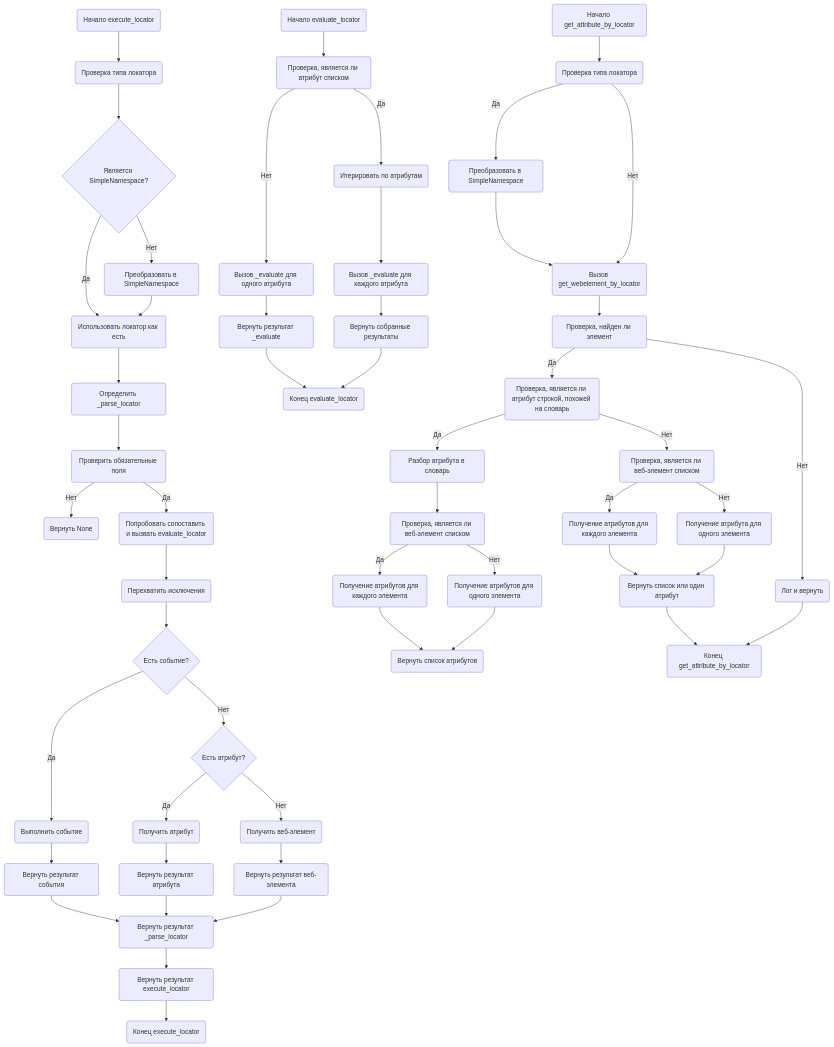
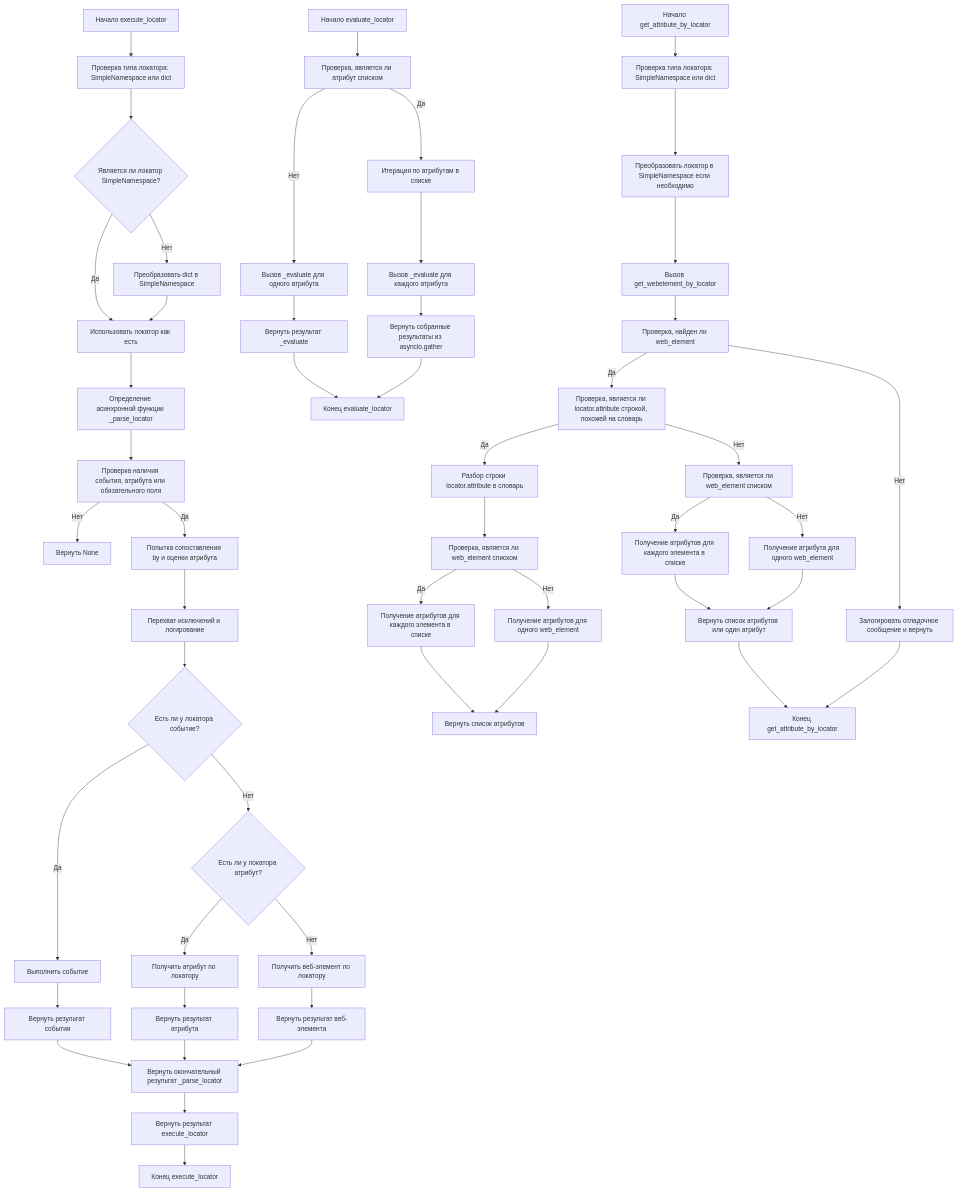
The diagram in docs/gemini/ru/explainer/src/webdriver/executor.ru.md.md (hypo69/hypo), drawn with Mermaid before and after one commit. The commit also changed other lines of this file and 3338 other files, not shown here.

````diff
--- a/docs/gemini/ru/explainer/src/webdriver/executor.ru.md.md
+++ b/docs/gemini/ru/explainer/src/webdriver/executor.ru.md.md
@@ -131,58 +82,55 @@
 ```mermaid
-graph TD
-    Start_executeLocator(Начало execute_locator) --> CheckLocatorType_executeLocator(Проверка типа локатора)
-    CheckLocatorType_executeLocator --> IsSimpleNamespace_executeLocator{Является SimpleNamespace?}
-    IsSimpleNamespace_executeLocator -- Да --> UseLocatorAsIs_executeLocator(Использовать локатор как есть)
-    IsSimpleNamespace_executeLocator -- Нет --> ConvertDictToSimpleNamespace_executeLocator(Преобразовать в SimpleNamespace)
-    ConvertDictToSimpleNamespace_executeLocator --> UseLocatorAsIs_executeLocator
-    UseLocatorAsIs_executeLocator --> DefineParseLocator_executeLocator(Определить _parse_locator)
-    DefineParseLocator_executeLocator --> CheckMandatoryFields_executeLocator(Проверить обязательные поля)
-    CheckMandatoryFields_executeLocator -- Нет --> ReturnNone_executeLocator(Вернуть None)
-    CheckMandatoryFields_executeLocator -- Да --> TryMapByEvaluateAttribute_executeLocator(Попробовать сопоставить и вызвать evaluate_locator)
-    TryMapByEvaluateAttribute_executeLocator --> CatchExceptionsAndLog_executeLocator(Перехватить исключения)
-    CatchExceptionsAndLog_executeLocator --> HasEvent_executeLocator{Есть событие?}
-    HasEvent_executeLocator -- Да --> ExecuteEvent_executeLocator(Выполнить событие)
-    HasEvent_executeLocator -- Нет --> HasAttribute_executeLocator{Есть атрибут?}
-    HasAttribute_executeLocator -- Да --> GetAttributeByLocator_executeLocator(Получить атрибут)
-     HasAttribute_executeLocator -- Нет --> GetWebElementByLocator_executeLocator(Получить веб-элемент)
-    ExecuteEvent_executeLocator --> ReturnEventResult_executeLocator(Вернуть результат события)
-    GetAttributeByLocator_executeLocator --> ReturnAttributeResult_executeLocator(Вернуть результат атрибута)
-    GetWebElementByLocator_executeLocator --> ReturnWebElementResult_executeLocator(Вернуть результат веб-элемента)
-    ReturnEventResult_executeLocator --> ReturnFinalResult_executeLocator(Вернуть результат _parse_locator)
-    ReturnAttributeResult_executeLocator --> ReturnFinalResult_executeLocator
-     ReturnWebElementResult_executeLocator --> ReturnFinalResult_executeLocator
-    ReturnFinalResult_executeLocator --> ReturnExecuteLocatorResult_executeLocator(Вернуть результат execute_locator)
-    ReturnExecuteLocatorResult_executeLocator --> End_executeLocator(Конец execute_locator)
+flowchart TD
+    Start_execute_locator[Начало execute_locator] --> CheckLocatorType_execute_locator[Проверка типа локатора: SimpleNamespace или dict]
+    CheckLocatorType_execute_locator --> IsSimpleNamespace_execute_locator{Является ли локатор SimpleNamespace?}
+    IsSimpleNamespace_execute_locator -- Да --> UseLocatorAsIs_execute_locator[Использовать локатор как есть]
+    IsSimpleNamespace_execute_locator -- Нет --> ConvertDictToSimpleNamespace_execute_locator[Преобразовать dict в SimpleNamespace]
+    ConvertDictToSimpleNamespace_execute_locator --> UseLocatorAsIs_execute_locator
+    UseLocatorAsIs_execute_locator --> DefineParseLocator_execute_locator[Определение асинхронной функции _parse_locator]
+    DefineParseLocator_execute_locator --> CheckEventAttributeMandatory_execute_locator[Проверка наличия события, атрибута или обязательного поля]
+    CheckEventAttributeMandatory_execute_locator -- Нет --> ReturnNone_execute_locator[Вернуть None]
+    CheckEventAttributeMandatory_execute_locator -- Да --> TryMapByEvaluateAttribute_execute_locator[Попытка сопоставления by и оценки атрибута]
+    TryMapByEvaluateAttribute_execute_locator --> CatchExceptionsAndLog_execute_locator[Перехват исключений и логирование]
+    CatchExceptionsAndLog_execute_locator --> HasEvent_execute_locator{Есть ли у локатора событие?}
+    HasEvent_execute_locator -- Да --> ExecuteEvent_execute_locator[Выполнить событие]
+    HasEvent_execute_locator -- Нет --> HasAttribute_execute_locator{Есть ли у локатора атрибут?}
+    HasAttribute_execute_locator -- Да --> GetAttributeByLocator_execute_locator[Получить атрибут по локатору]
+    HasAttribute_execute_locator -- Нет --> GetWebElementByLocator_execute_locator[Получить веб-элемент по локатору]
+    ExecuteEvent_execute_locator --> ReturnEventResult_execute_locator[Вернуть результат события]
+    GetAttributeByLocator_execute_locator --> ReturnAttributeResult_execute_locator[Вернуть результат атрибута]
+    GetWebElementByLocator_execute_locator --> ReturnWebElementResult_execute_locator[Вернуть результат веб-элемента]
+    ReturnEventResult_execute_locator --> ReturnFinalResult_execute_locator[Вернуть окончательный результат _parse_locator]
+    ReturnAttributeResult_execute_locator --> ReturnFinalResult_execute_locator
+    ReturnWebElementResult_execute_locator --> ReturnFinalResult_execute_locator
+    ReturnFinalResult_execute_locator --> ReturnExecuteLocatorResult_execute_locator[Вернуть результат execute_locator]
+    ReturnExecuteLocatorResult_execute_locator --> End_execute_locator[Конец execute_locator]
 
-    
-    Start_evaluateLocator(Начало evaluate_locator) --> CheckIfAttributeIsList_evaluateLocator(Проверка, является ли атрибут списком)
-    CheckIfAttributeIsList_evaluateLocator -- Да --> IterateOverAttributes_evaluateLocator(Итерировать по атрибутам)
-    IterateOverAttributes_evaluateLocator --> CallEvaluateForEachAttribute_evaluateLocator(Вызов _evaluate для каждого атрибута)
-    CallEvaluateForEachAttribute_evaluateLocator --> ReturnGatheredResults_evaluateLocator(Вернуть собранные результаты)
-    CheckIfAttributeIsList_evaluateLocator -- Нет --> CallEvaluateForSingleAttribute_evaluateLocator(Вызов _evaluate для одного атрибута)
-    CallEvaluateForSingleAttribute_evaluateLocator --> ReturnEvaluateResult_evaluateLocator(Вернуть результат _evaluate)
-    ReturnEvaluateResult_evaluateLocator --> End_evaluateLocator(Конец evaluate_locator)
-    ReturnGatheredResults_evaluateLocator --> End_evaluateLocator
+    Start_evaluate_locator[Начало evaluate_locator] --> CheckIfAttributeIsList_evaluate_locator[Проверка, является ли атрибут списком]
+    CheckIfAttributeIsList_evaluate_locator -- Да --> IterateOverAttributes_evaluate_locator[Итерация по атрибутам в списке]
+    IterateOverAttributes_evaluate_locator --> CallEvaluateForEachAttribute_evaluate_locator[Вызов _evaluate для каждого атрибута]
+    CallEvaluateForEachAttribute_evaluate_locator --> ReturnGatheredResults_evaluate_locator[Вернуть собранные результаты из asyncio.gather]
+    CheckIfAttributeIsList_evaluate_locator -- Нет --> CallEvaluateForSingleAttribute_evaluate_locator[Вызов _evaluate для одного атрибута]
+    CallEvaluateForSingleAttribute_evaluate_locator --> ReturnEvaluateResult_evaluate_locator[Вернуть результат _evaluate]
+    ReturnEvaluateResult_evaluate_locator --> End_evaluate_locator[Конец evaluate_locator]
+    ReturnGatheredResults_evaluate_locator --> End_evaluate_locator
 
-
-    Start_getAttributeByLocator(Начало get_attribute_by_locator) --> CheckIfLocatorIsSimpleNamespaceOrDict_getAttributeByLocator(Проверка типа локатора)
-    CheckIfLocatorIsSimpleNamespaceOrDict_getAttributeByLocator -- Да --> ConvertLocatorToSimpleNamespaceIfNeeded_getAttributeByLocator(Преобразовать в SimpleNamespace)
-    ConvertLocatorToSimpleNamespaceIfNeeded_getAttributeByLocator --> CallGetWebElementByLocator_getAttributeByLocator(Вызов get_webelement_by_locator)
-    CheckIfLocatorIsSimpleNamespaceOrDict_getAttributeByLocator -- Нет --> CallGetWebElementByLocator_getAttributeByLocator
-    CallGetWebElementByLocator_getAttributeByLocator --> CheckIfWebElementIsFound_getAttributeByLocator(Проверка, найден ли элемент)
-    CheckIfWebElementIsFound_getAttributeByLocator -- Нет --> LogDebugMessageAndReturn_getAttributeByLocator(Лог и вернуть)
-    CheckIfWebElementIsFound_getAttributeByLocator -- Да --> CheckIfAttributeIsDictionaryLikeString_getAttributeByLocator(Проверка, является ли атрибут строкой, похожей на словарь)
-    CheckIfAttributeIsDictionaryLikeString_getAttributeByLocator -- Да --> ParseAttributeStringToDict_getAttributeByLocator(Разбор атрибута в словарь)
-     ParseAttributeStringToDict_getAttributeByLocator --> CheckIfWebElementIsList_getAttributeByLocator(Проверка, является ли веб-элемент списком)
-    CheckIfAttributeIsDictionaryLikeString_getAttributeByLocator -- Нет --> CheckIfWebElementIsListAgain_getAttributeByLocator(Проверка, является ли веб-элемент списком)
-    CheckIfWebElementIsList_getAttributeByLocator -- Да --> RetrieveAttributesForEachElementInList_getAttributeByLocator(Получение атрибутов для каждого элемента)
-    CheckIfWebElementIsList_getAttributeByLocator -- Нет --> RetrieveAttributesForSingleWebElement_getAttributeByLocator(Получение атрибутов для одного элемента)
-    RetrieveAttributesForEachElementInList_getAttributeByLocator --> ReturnListOfAttributes_getAttributeByLocator(Вернуть список атрибутов)
-    RetrieveAttributesForSingleWebElement_getAttributeByLocator --> ReturnListOfAttributes_getAttributeByLocator
-    CheckIfWebElementIsListAgain_getAttributeByLocator -- Да --> RetrieveAttributesForEachElementInListAgain_getAttributeByLocator(Получение атрибутов для каждого элемента)
-    CheckIfWebElementIsListAgain_getAttributeByLocator -- Нет --> RetrieveAttributeForSingleWebElementAgain_getAttributeByLocator(Получение атрибута для одного элемента)
-    RetrieveAttributesForEachElementInListAgain_getAttributeByLocator --> ReturnListOfAttributesOrSingleAttribute_getAttributeByLocator(Вернуть список или один атрибут)
-    RetrieveAttributeForSingleWebElementAgain_getAttributeByLocator --> ReturnListOfAttributesOrSingleAttribute_getAttributeByLocator
-    ReturnListOfAttributesOrSingleAttribute_getAttributeByLocator --> End_getAttributeByLocator(Конец get_attribute_by_locator)
-    LogDebugMessageAndReturn_getAttributeByLocator --> End_getAttributeByLocator
+    Start_get_attribute_by_locator[Начало get_attribute_by_locator] --> CheckIfLocatorIsSimpleNamespaceOrDict_get_attribute_by_locator[Проверка типа локатора: SimpleNamespace или dict]
+    CheckIfLocatorIsSimpleNamespaceOrDict_get_attribute_by_locator --> ConvertLocatorToSimpleNamespaceIfNeeded_get_attribute_by_locator[Преобразовать локатор в SimpleNamespace если необходимо]
+    ConvertLocatorToSimpleNamespaceIfNeeded_get_attribute_by_locator --> CallGetWebElementByLocator_get_attribute_by_locator[Вызов get_webelement_by_locator]
+    CallGetWebElementByLocator_get_attribute_by_locator --> CheckIfWebElementIsFound_get_attribute_by_locator[Проверка, найден ли web_element]
+    CheckIfWebElementIsFound_get_attribute_by_locator -- Нет --> LogDebugMessageAndReturn_get_attribute_by_locator[Залогировать отладочное сообщение и вернуть]
+    CheckIfWebElementIsFound_get_attribute_by_locator -- Да --> CheckIfAttributeIsDictionaryLikeString_get_attribute_by_locator[Проверка, является ли locator.attribute строкой, похожей на словарь]
+    CheckIfAttributeIsDictionaryLikeString_get_attribute_by_locator -- Да --> ParseAttributeStringToDict_get_attribute_by_locator[Разбор строки locator.attribute в словарь]
+    ParseAttributeStringToDict_get_attribute_by_locator --> CheckIfWebElementIsList_get_attribute_by_locator[Проверка, является ли web_element списком]
+    CheckIfWebElementIsList_get_attribute_by_locator -- Да --> RetrieveAttributesForEachElementInList_get_attribute_by_locator[Получение атрибутов для каждого элемента в списке]
+    RetrieveAttributesForEachElementInList_get_attribute_by_locator --> ReturnListOfAttributes_get_attribute_by_locator[Вернуть список атрибутов]
+    CheckIfWebElementIsList_get_attribute_by_locator -- Нет --> RetrieveAttributesForSingleWebElement_get_attribute_by_locator[Получение атрибутов для одного web_element]
+    RetrieveAttributesForSingleWebElement_get_attribute_by_locator --> ReturnListOfAttributes_get_attribute_by_locator
+    CheckIfAttributeIsDictionaryLikeString_get_attribute_by_locator -- Нет --> CheckIfWebElementIsListAgain_get_attribute_by_locator[Проверка, является ли web_element списком]
+    CheckIfWebElementIsListAgain_get_attribute_by_locator -- Да --> RetrieveAttributesForEachElementInListAgain_get_attribute_by_locator[Получение атрибутов для каждого элемента в списке]
+    RetrieveAttributesForEachElementInListAgain_get_attribute_by_locator --> ReturnListOfAttributesOrSingleAttribute_get_attribute_by_locator[Вернуть список атрибутов или один атрибут]
+    CheckIfWebElementIsListAgain_get_attribute_by_locator -- Нет --> RetrieveAttributeForSingleWebElementAgain_get_attribute_by_locator[Получение атрибута для одного web_element]
+    RetrieveAttributeForSingleWebElementAgain_get_attribute_by_locator --> ReturnListOfAttributesOrSingleAttribute_get_attribute_by_locator
+    ReturnListOfAttributesOrSingleAttribute_get_attribute_by_locator --> End_get_attribute_by_locator[Конец get_attribute_by_locator]
+    LogDebugMessageAndReturn_get_attribute_by_locator --> End_get_attribute_by_locator
 ```
````
